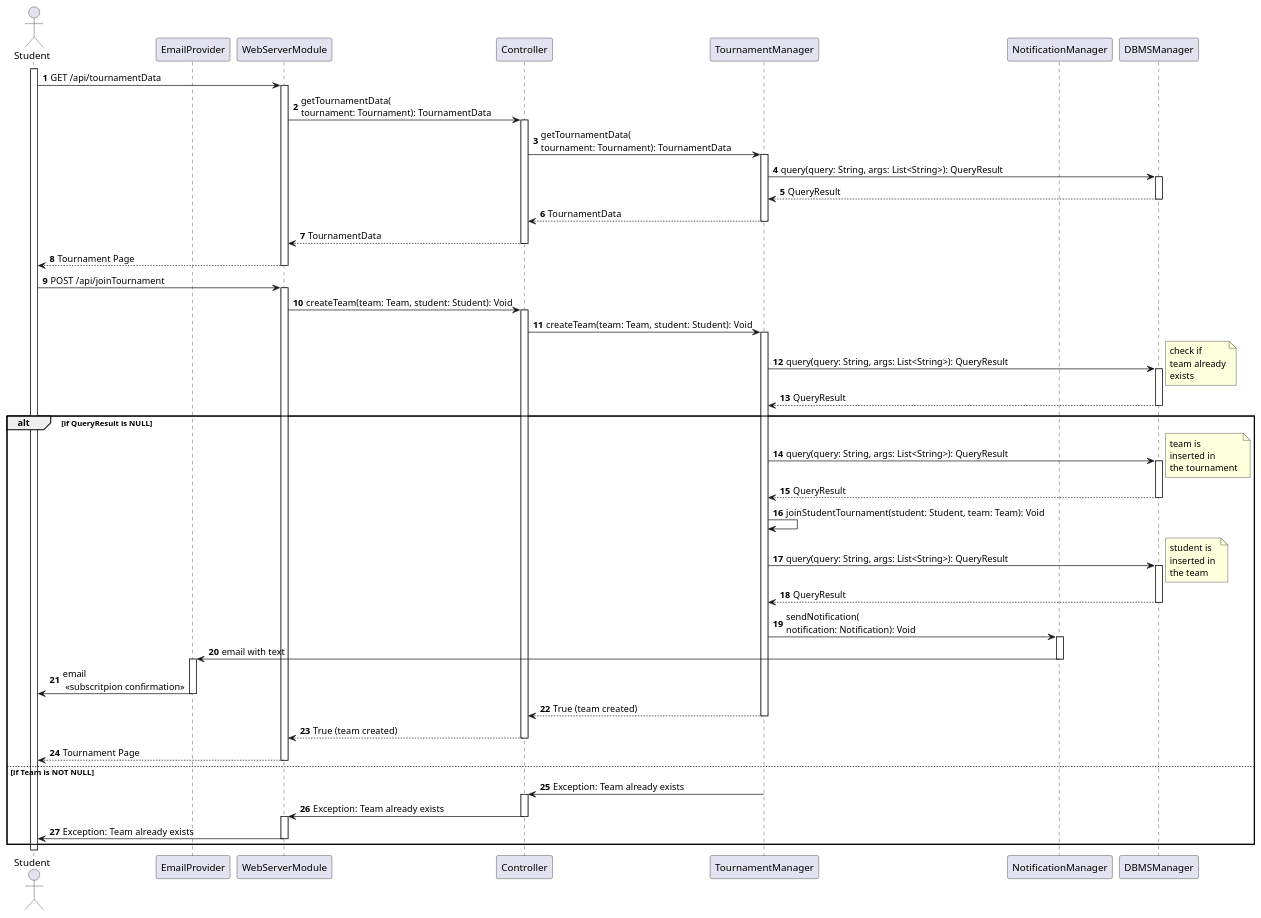
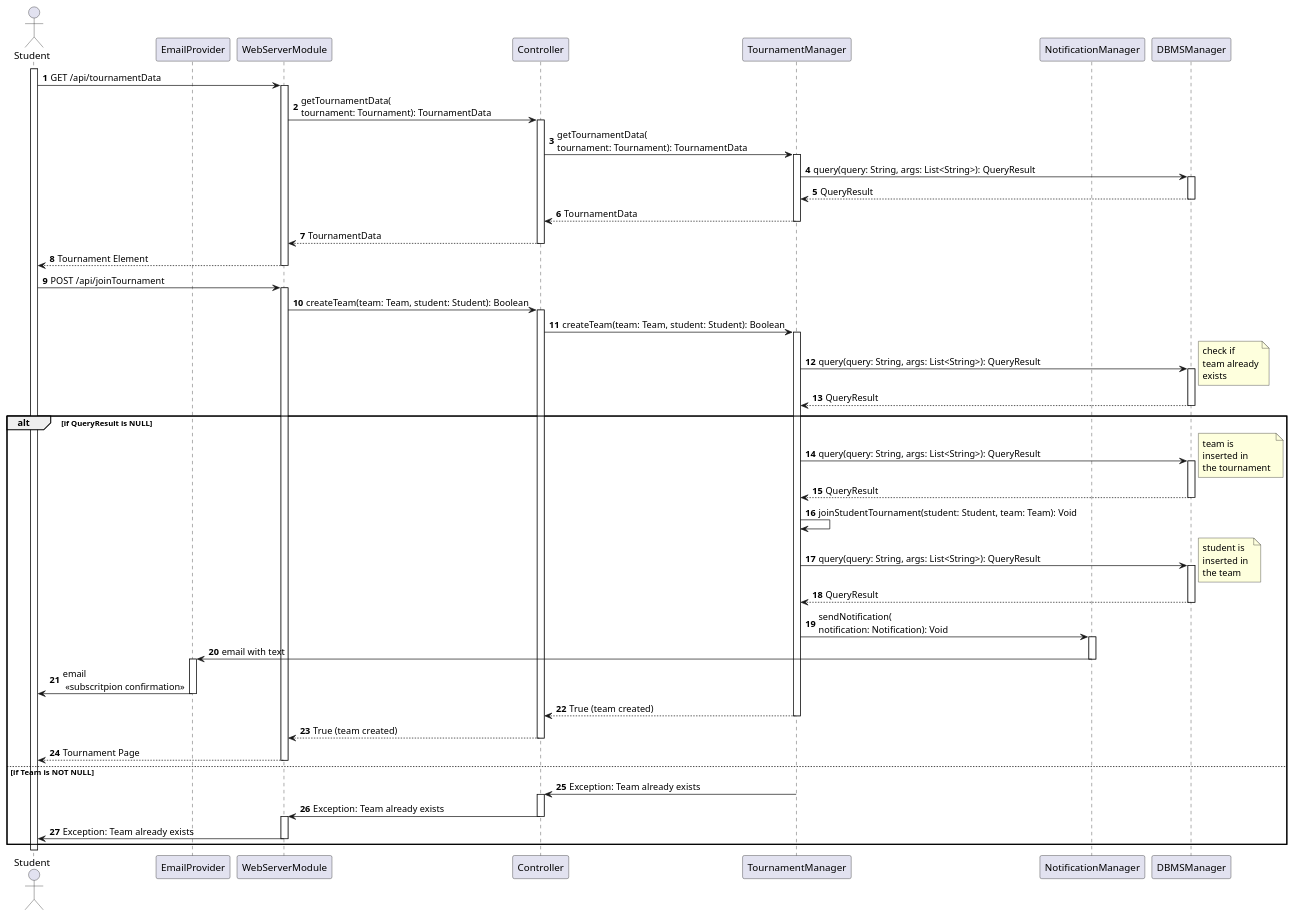
The diagram in _DD/Images/sequenceDiagrams/joinATournament.wsd (Angelo7672/SE2_Requirement-and-Design-Document), drawn with PlantUML before and after one commit. The commit also changed 7 other files, not shown here.

Commit message:
(dd) More Sequence Diagram Tweaks

```diff
--- a/_DD/Images/sequenceDiagrams/joinATournament.wsd
+++ b/_DD/Images/sequenceDiagrams/joinATournament.wsd
@@ -1,88 +1,88 @@
 @startuml
 
 autonumber
 
 actor Student as S
 participant EmailProvider as EP
 participant WebServerModule as WS
 participant Controller as C
 participant TournamentManager as TM
 participant NotificationManager as NM
 participant DBMSManager as DBMSM
 
 activate S
 S -> WS: GET /api/tournamentData
 activate WS
 WS -> C: getTournamentData(\ntournament: Tournament): TournamentData
 activate C
 C -> TM: getTournamentData(\ntournament: Tournament): TournamentData
 activate TM
 TM -> DBMSM: query(query: String, args: List<String>): QueryResult
 activate DBMSM
 DBMSM --> TM: QueryResult
 deactivate DBMSM
 TM --> C: TournamentData
 deactivate TM
 C --> WS: TournamentData
 deactivate C
-WS --> S: Tournament Page
+WS --> S: Tournament Element
 deactivate WS
 S -> WS: POST /api/joinTournament
 activate WS
-WS -> C: createTeam(team: Team, student: Student): Void
+WS -> C: createTeam(team: Team, student: Student): Boolean
 activate C
-C -> TM: createTeam(team: Team, student: Student): Void
+C -> TM: createTeam(team: Team, student: Student): Boolean
 activate TM
 TM -> DBMSM: query(query: String, args: List<String>): QueryResult
 note right
     check if 
     team already
     exists
 end note
 activate DBMSM
 DBMSM --> TM: QueryResult
 deactivate DBMSM
 alt if QueryResult is NULL
     TM -> DBMSM: query(query: String, args: List<String>): QueryResult
     activate DBMSM
     note right
         team is 
         inserted in 
         the tournament 
     end note
     DBMSM --> TM: QueryResult
     deactivate DBMSM
     TM -> TM: joinStudentTournament(student: Student, team: Team): Void
     TM -> DBMSM: query(query: String, args: List<String>): QueryResult
     activate DBMSM
     note right
         student is 
         inserted in 
         the team 
     end note
     DBMSM --> TM: QueryResult
     deactivate DBMSM
     TM -> NM: sendNotification(\nnotification: Notification): Void
     activate NM
     NM -> EP: email with text
     deactivate NM
     activate EP
     EP -> S: email\n <<subscritpion confirmation>>
     deactivate EP
     TM --> C: True (team created)
     deactivate TM
     C --> WS: True (team created)
     deactivate C
     WS --> S: Tournament Page
     deactivate WS
 else if Team is NOT NULL
     TM -> C: Exception: Team already exists
     activate C
     C -> WS: Exception: Team already exists
     deactivate C
     activate WS
     WS -> S: Exception: Team already exists
     deactivate WS
 end
 
 @enduml
```
